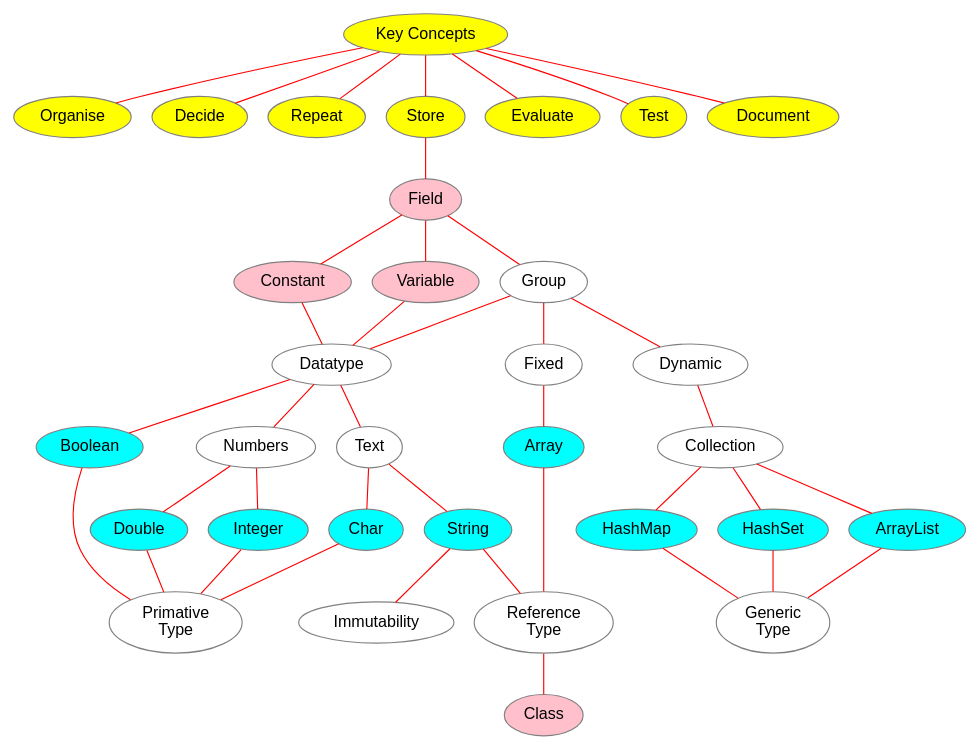
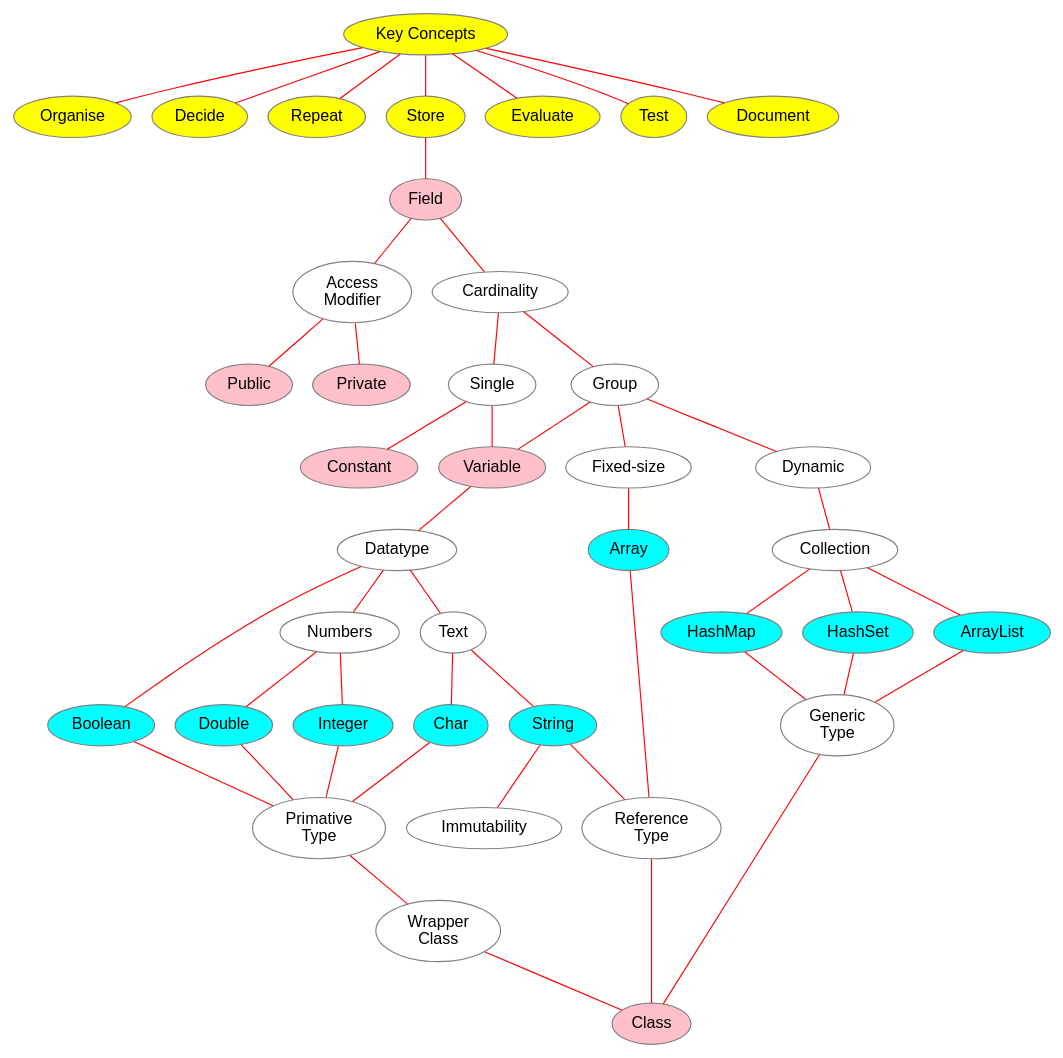
Before and after one commit to rjglasse/learning-maps: the diagram in kth-dd1337/dd1337-concept-store.dot, drawn with Graphviz. The commit also changed 1 other file, not shown here.

Commit message:
Update learning map for DD1337-store

```diff
--- a/kth-dd1337/dd1337-concept-store.dot
+++ b/kth-dd1337/dd1337-concept-store.dot
@@ -1,112 +1,122 @@
 graph G {
 
     bgcolor="white"
     node [color="gray", fontcolor="black", fillcolor="white", style="filled", fontname="Helvetica"]
     edge [color="red"]
 
     // Concepts
     "Key Concepts" [fillcolor="yellow"]
     Organise [fillcolor="yellow"]
     Decide [fillcolor="yellow"]
     Repeat [fillcolor="yellow"]
     Store [fillcolor="yellow"]
     Evaluate [fillcolor="yellow"]
     Test [fillcolor="yellow"]
     Document [fillcolor="yellow"]
 
     // Types
     Array [fillcolor="cyan"]
     HashMap [fillcolor="cyan"]
     HashSet [fillcolor="cyan"]
     ArrayList [fillcolor="cyan"]
     String [fillcolor="cyan"]
     Char [fillcolor="cyan"]
     Double [fillcolor="cyan"]
     Boolean [fillcolor="cyan"]
     Integer [fillcolor="cyan"]
 
     // Concrete
     Field [fillcolor="pink"]
     Constant [fillcolor="pink"]
     Variable [fillcolor="pink"]
     Class [fillcolor="pink"]
+    Public [fillcolor="pink"]
+    Private [fillcolor="pink"]
     /* "If / Else" [fillcolor="pink"]
     Main  [fillcolor="pink"]
     Method [fillcolor="pink"]
     Constructor [fillcolor="pink"]
     Statement  [fillcolor="pink"]
     Operator [fillcolor="pink"]
     "Conditional\nStatement" [fillcolor="pink"]
     "Boolean\nOperator" [fillcolor="pink"]
     "Arithmetic\nOperator" [fillcolor="pink"]
     "Equality\nOperator" [fillcolor="pink"]
     Expression [fillcolor="pink"]
     "Compound\nExpression" [fillcolor="pink"]
     While [fillcolor="pink"]
     For [fillcolor="pink"]
     Iterator [fillcolor="pink"]
     "For-each" [fillcolor="pink"]
     java [fillcolor="pink"]
     javac [fillcolor="pink"]
     javadoc [fillcolor="pink"]
     Comment [fillcolor="pink"]
     "Unit\nTest" [fillcolor="pink"] */
 
 
     "Key Concepts" -- Organise, Decide, Repeat, Store, Evaluate, Test, Document
 
     // Decide
     /* Decide -- "Conditional\nStatement"
     "Conditional\nStatement" -- Boolean, Expression, "If / Else"
     Expression -- "Compound\nExpression"
     "Compound\nExpression" -- "Boolean\nOperator"
     "Boolean\nOperator" -- Boolean */
 
     // Organise
     /* Organise -- Class, Method, Statement
     Method -- Constructor, Main, "Instance\nMethod", "Class\nMethod"
     "Instance\nMethod" -- Object */
 
 
     // Repeat
     /* Repeat -- Iteration
     Iteration -- Behaviour, Loops
     Loops -- While
     While -- For, Iterator
     Iterator -- "For-each"
     Behaviour -- Stages, Correctness, Infinity
     Stages -- Initialisation, Evaluation, Modification */
 
     // Store
-    Store -- Field -- Constant, Variable, Group -- Datatype
-    Group -- Fixed, Dynamic
-    Fixed -- Array
+    Store -- Field
+    Field -- "Access\nModifier" -- Public, Private
+    Field -- Cardinality
+    Cardinality -- Single, Group -- Variable
+    Single -- Constant
+    Variable -- Datatype
+    Group -- "Fixed-size", Dynamic
+    "Fixed-size" -- Array
     Dynamic -- Collection
     Collection -- ArrayList, HashSet, HashMap
     Datatype -- Numbers, Text, Boolean
     Numbers -- Integer, Double
     Text -- Char, String
     String -- Immutability, "Reference\nType"
     "Reference\nType" -- Class
     Integer, Boolean, Char, Double -- "Primative\nType"
     ArrayList, HashSet, HashMap -- "Generic\nType"
     Array -- "Reference\nType"
+    "Primative\nType" -- "Wrapper\nClass"
+    "Wrapper\nClass" -- Class
+    "Generic\nType" -- Class
 
     // Evaluate
     /* Evaluate -- Compilation, Runtime, Operator, "Method\nCalling"
     Runtime -- Object, java, "Garbage\nCollection"
     java -- JVM, Main
     JVM -- Object
     Object -- Lifecycle -- Creation -- State -- Destruction -- "Garbage\nCollection"
     Compilation -- javac, Error
     Operator -- Precedence, "Arithmetic\nOperator", "Equality\nOperator", "Boolean\nOperator" */
 
     // Test
     /* Test -- Bug -- "Unit\nTest", Debugging
     Test -- Strategy -- "Positive\nNegative", "Boundary\nExtreme"
     "Unit\nTest" -- "Test\nSuite", TDD, Assert */
 
     // Document
     /* Document -- javadoc, Comment
     Comment -- Intent, "Self\nDocumenting" */
 }
```
